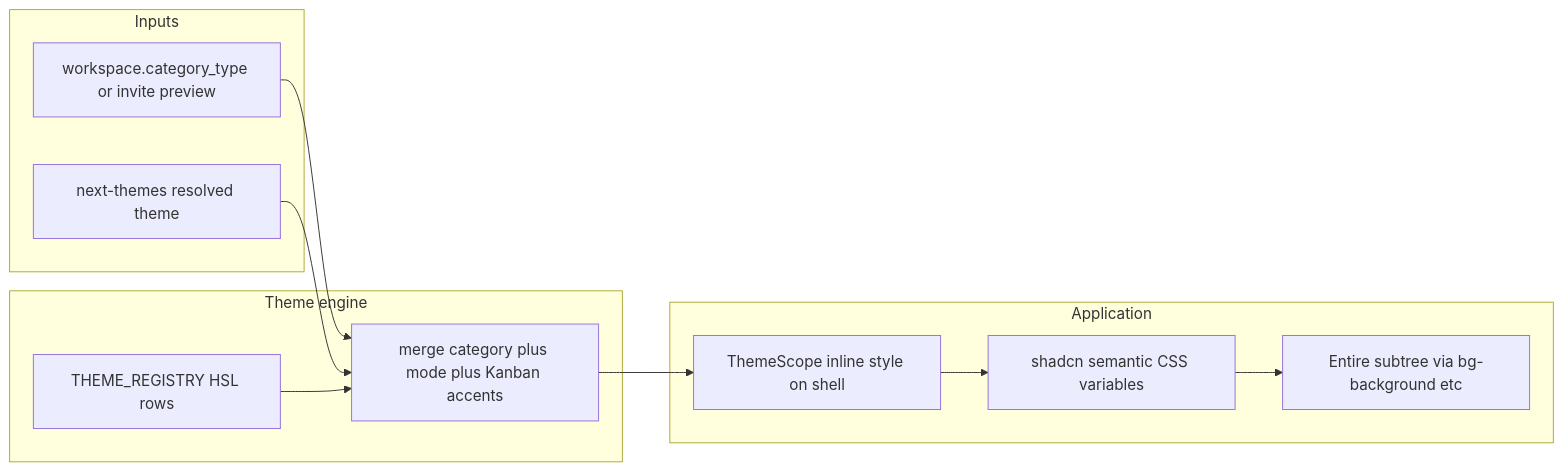
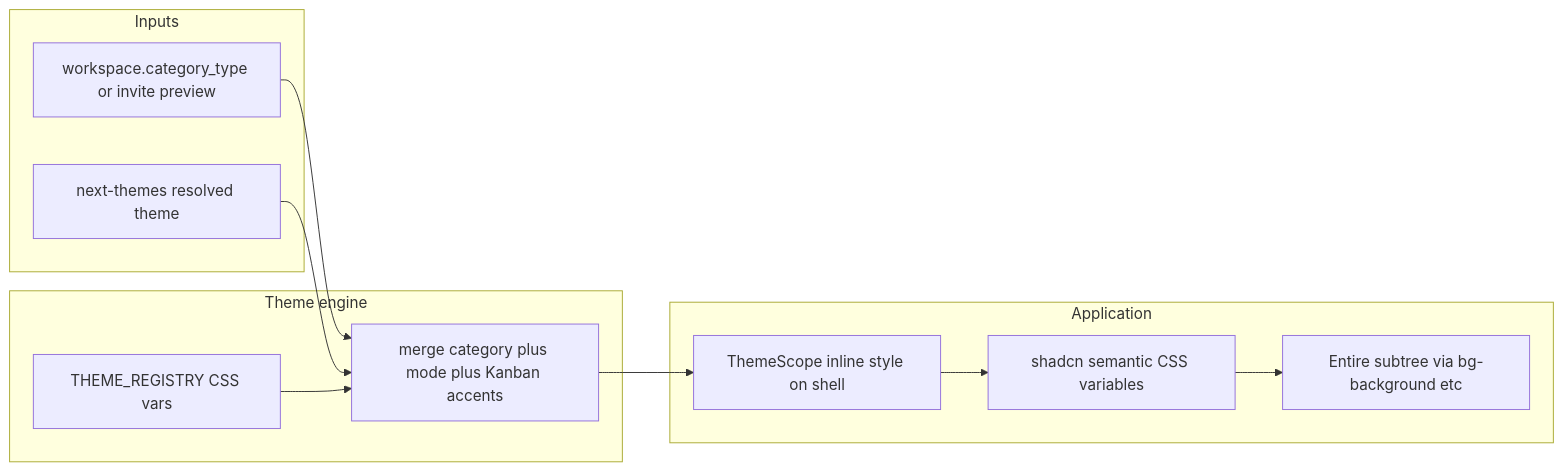
One commit to jlfassio-vibecoder/buddybubble changed the diagram in docs/tdd-multi-theme-engine-v2.md. Above: the diagram before and after it, drawn with Mermaid. The commit also changed other lines of this file and 4 other files, not shown here.

````diff
--- a/docs/tdd-multi-theme-engine-v2.md
+++ b/docs/tdd-multi-theme-engine-v2.md
@@ -44,22 +44,22 @@
 ```mermaid
 flowchart LR
   subgraph inputs [Inputs]
     Cat[workspace.category_type or invite preview]
     Mode[next-themes resolved theme]
   end
   subgraph engine [Theme engine]
-    Registry[THEME_REGISTRY HSL rows]
+    Registry[THEME_REGISTRY CSS vars]
     Merge[merge category plus mode plus Kanban accents]
   end
   subgraph apply [Application]
     Scope[ThemeScope inline style on shell]
     Shadcn[shadcn semantic CSS variables]
     UI[Entire subtree via bg-background etc]
   end
   Cat --> Merge
   Mode --> Merge
   Registry --> Merge
   Merge --> Scope
   Scope --> Shadcn
   Shadcn --> UI
 ```
````
